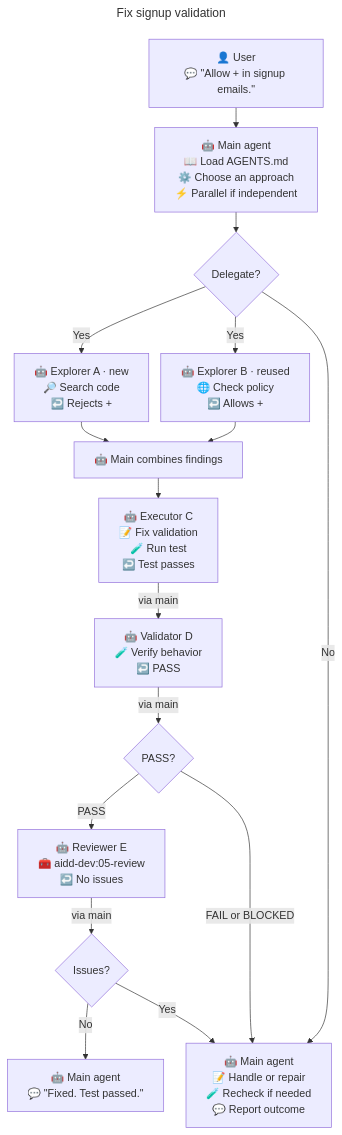
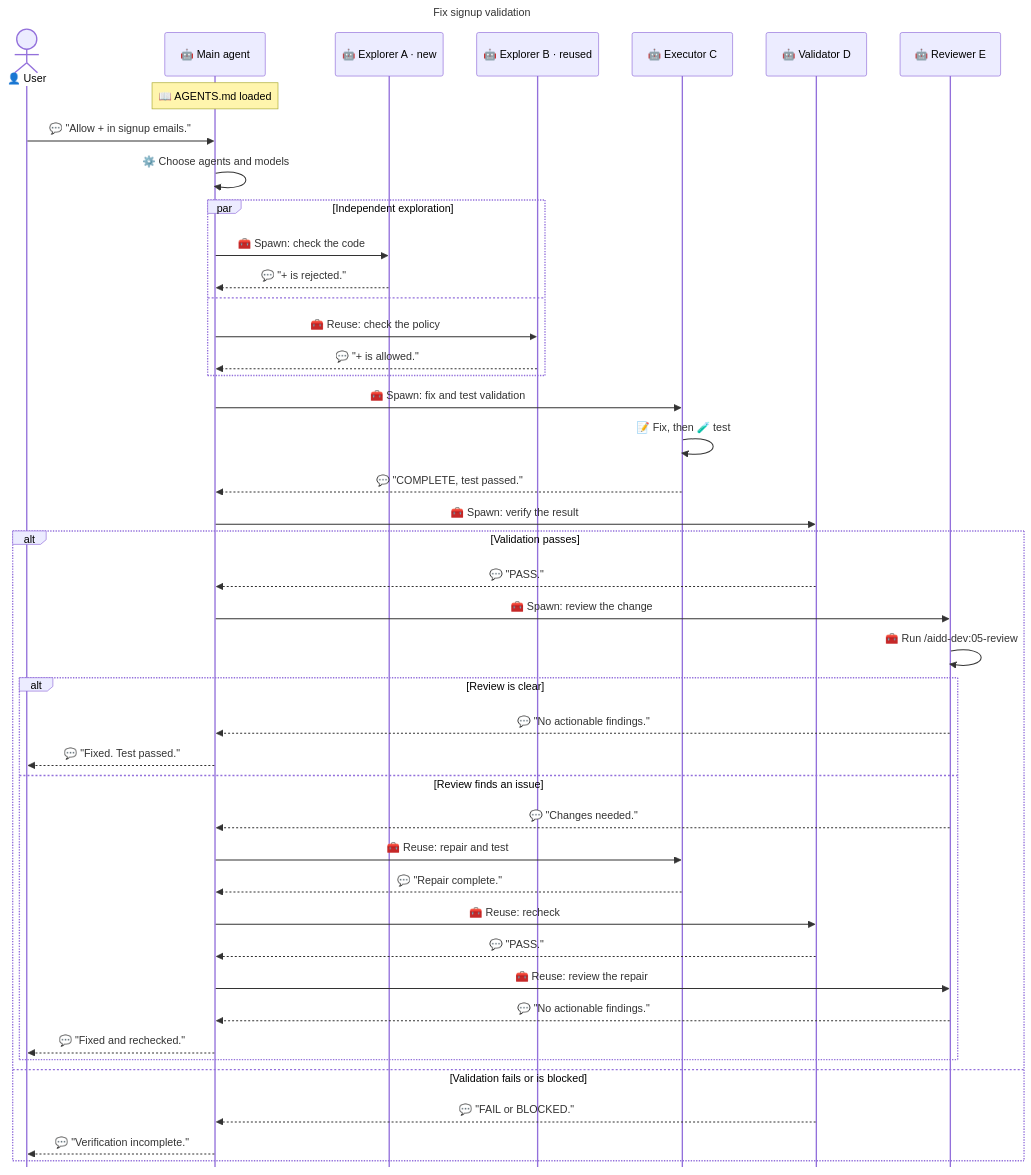
The second of 2 diagrams in docs/SUBAGENTS.md (ai-driven-dev/framework), drawn with Mermaid before and after one commit. The commit also changed other lines of this file, not shown here.

Commit message:
docs(aidd-orchestrator): clarify delegation flow and test

````diff
--- a/docs/SUBAGENTS.md
+++ b/docs/SUBAGENTS.md
@@ -50,39 +71,52 @@
 ```mermaid
 ---
 title: Fix signup validation
 config:
-  flowchart:
-    nodeSpacing: 18
-    rankSpacing: 30
+  sequence:
+    mirrorActors: false
 ---
-flowchart TD
-  User["👤 User<br/>💬 #quot;Allow + in signup emails.#quot;"]
-  Main["🤖 Main agent<br/>📖 Load AGENTS.md<br/>⚙️ Choose an approach<br/>⚡ Parallel if independent"]
-  Delegate{"Delegate?"}
-  ExplorerA["🤖 Explorer A · new<br/>🔎 Search code<br/>↩️ Rejects +"]
-  ExplorerB["🤖 Explorer B · reused<br/>🌐 Check policy<br/>↩️ Allows +"]
-  Findings["🤖 Main combines findings"]
-  Executor["🤖 Executor C<br/>📝 Fix validation<br/>🧪 Run test<br/>↩️ Test passes"]
-  Validator["🤖 Validator D<br/>🧪 Verify behavior<br/>↩️ PASS"]
-  Verdict{"PASS?"}
-  Reviewer["🤖 Reviewer E<br/>🧰 aidd-dev:05-review<br/>↩️ No issues"]
-  Review{"Issues?"}
-  Other["🤖 Main agent<br/>📝 Handle or repair<br/>🧪 Recheck if needed<br/>💬 Report outcome"]
-  Answer["🤖 Main agent<br/>💬 #quot;Fixed. Test passed.#quot;"]
+sequenceDiagram
+  actor User as 👤 User
+  participant Main as 🤖 Main agent
+  participant ExplorerA as 🤖 Explorer A · new
+  participant ExplorerB as 🤖 Explorer B · reused
+  participant Executor as 🤖 Executor C
+  participant Validator as 🤖 Validator D
+  participant Reviewer as 🤖 Reviewer E
 
-  User --> Main
-  Main --> Delegate
-  Delegate -- Yes --> ExplorerA
-  Delegate -- Yes --> ExplorerB
-  Delegate -- No --> Other
-  ExplorerA --> Findings
-  ExplorerB --> Findings
-  Findings --> Executor
-  Executor -- via main --> Validator
-  Validator -- via main --> Verdict
-  Verdict -- PASS --> Reviewer
-  Verdict -- FAIL or BLOCKED --> Other
-  Reviewer -- via main --> Review
-  Review -- No --> Answer
-  Review -- Yes --> Other
+  Note over Main: 📖 AGENTS.md loaded
+  User->>Main: 💬 "Allow + in signup emails."
+  Main->>Main: ⚙️ Choose agents and models
+  par Independent exploration
+    Main->>ExplorerA: 🧰 Spawn: check the code
+    ExplorerA-->>Main: 💬 "+ is rejected."
+  and
+    Main->>ExplorerB: 🧰 Reuse: check the policy
+    ExplorerB-->>Main: 💬 "+ is allowed."
+  end
+  Main->>Executor: 🧰 Spawn: fix and test validation
+  Executor->>Executor: 📝 Fix, then 🧪 test
+  Executor-->>Main: 💬 "COMPLETE, test passed."
+  Main->>Validator: 🧰 Spawn: verify the result
+  alt Validation passes
+    Validator-->>Main: 💬 "PASS."
+    Main->>Reviewer: 🧰 Spawn: review the change
+    Reviewer->>Reviewer: 🧰 Run /aidd-dev:05-review
+    alt Review is clear
+      Reviewer-->>Main: 💬 "No actionable findings."
+      Main-->>User: 💬 "Fixed. Test passed."
+    else Review finds an issue
+      Reviewer-->>Main: 💬 "Changes needed."
+      Main->>Executor: 🧰 Reuse: repair and test
+      Executor-->>Main: 💬 "Repair complete."
+      Main->>Validator: 🧰 Reuse: recheck
+      Validator-->>Main: 💬 "PASS."
+      Main->>Reviewer: 🧰 Reuse: review the repair
+      Reviewer-->>Main: 💬 "No actionable findings."
+      Main-->>User: 💬 "Fixed and rechecked."
+    end
+  else Validation fails or is blocked
+    Validator-->>Main: 💬 "FAIL or BLOCKED."
+    Main-->>User: 💬 "Verification incomplete."
+  end
 ```
````
